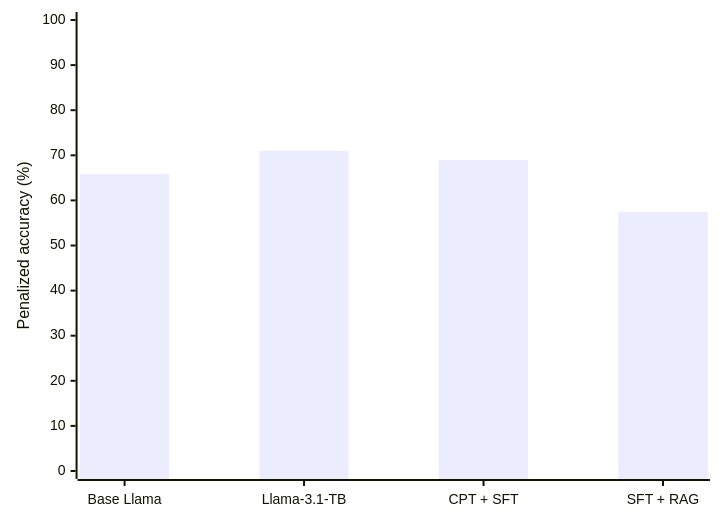
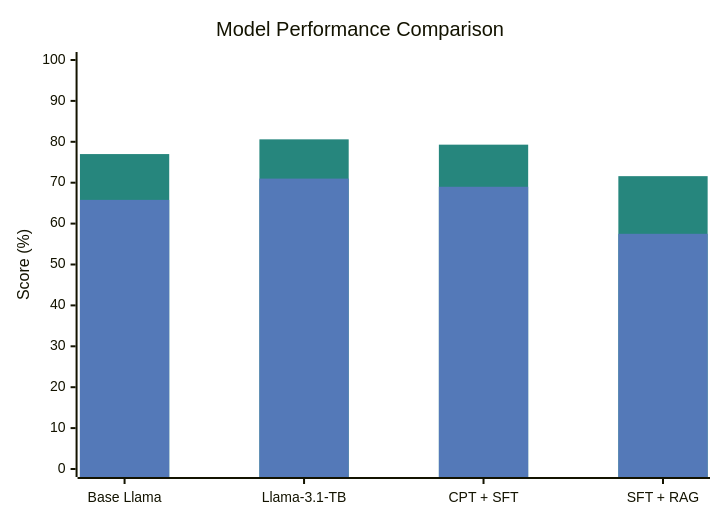
Before and after one commit to sedak326/Llama-3.1-TB: the second of 2 diagrams in README.md, drawn with Mermaid. The commit also changed other lines of this file, not shown here.

````diff
--- a/README.md
+++ b/README.md
@@ -14,6 +81,14 @@
 ```mermaid
+---
+config:
+  themeVariables:
+    xyChart:
+      plotColorPalette: "#26867D, #5479B8"
+---
 xychart-beta
+    title "Model Performance Comparison"
     x-axis ["Base Llama", "Llama-3.1-TB", "CPT + SFT", "SFT + RAG"]
-    y-axis "Penalized accuracy (%)" 0 --> 100
-    bar [65.8, 71.0, 69.0, 57.5]
+    y-axis "Score (%)" 0 --> 100
+    bar "Accuracy" [77.0, 80.6, 79.3, 71.6]
+    bar "Penalized accuracy" [65.8, 71.0, 69.0, 57.5]
 ```
````
